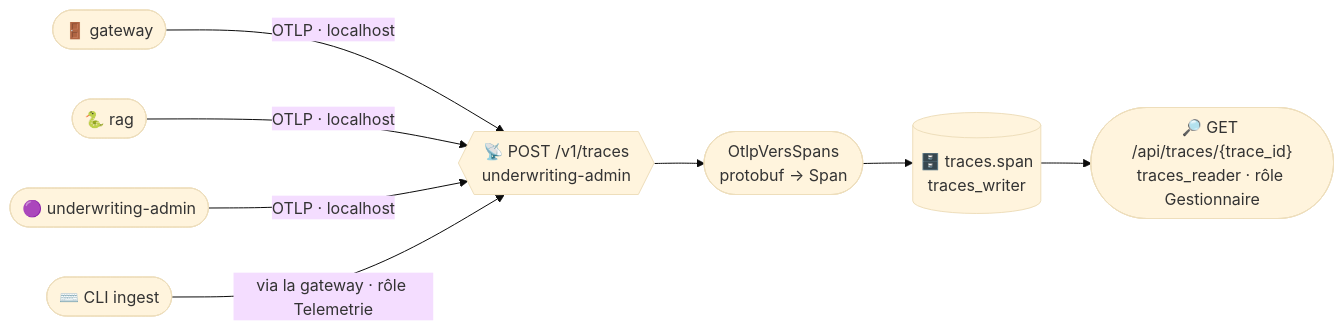
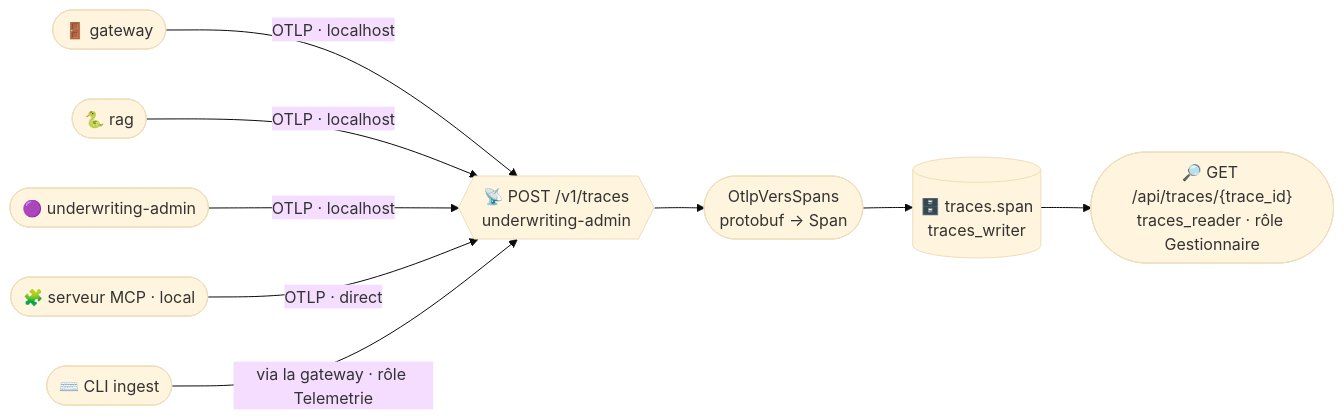
Before and after one commit to acerolaz/agentinsurflow: the diagram in docs/donnees/traces.md, drawn with Mermaid (base theme). The commit also changed other lines of this file and 8 other files, not shown here.

````diff
--- a/docs/donnees/traces.md
+++ b/docs/donnees/traces.md
@@ -19,9 +19,10 @@
 ```mermaid
 flowchart LR
     GW(["🚪 gateway"]) -- "OTLP · localhost" --> RX{{"📡 POST /v1/traces<br/>underwriting-admin"}}
     RAG(["🐍 rag"]) -- "OTLP · localhost" --> RX
     UA(["🟣 underwriting-admin"]) -- "OTLP · localhost" --> RX
+    MCP(["🧩 serveur MCP · local"]) -- "OTLP · direct" --> RX
     CLI(["⌨️ CLI ingest"]) -- "via la gateway · rôle Telemetrie" --> RX
     RX --> CONV(["OtlpVersSpans<br/>protobuf → Span"]) --> TR[("🗄️ traces.span<br/>traces_writer")]
     TR --> Q(["🔎 GET /api/traces/{trace_id}<br/>traces_reader · rôle Gestionnaire"])
 ```
````
